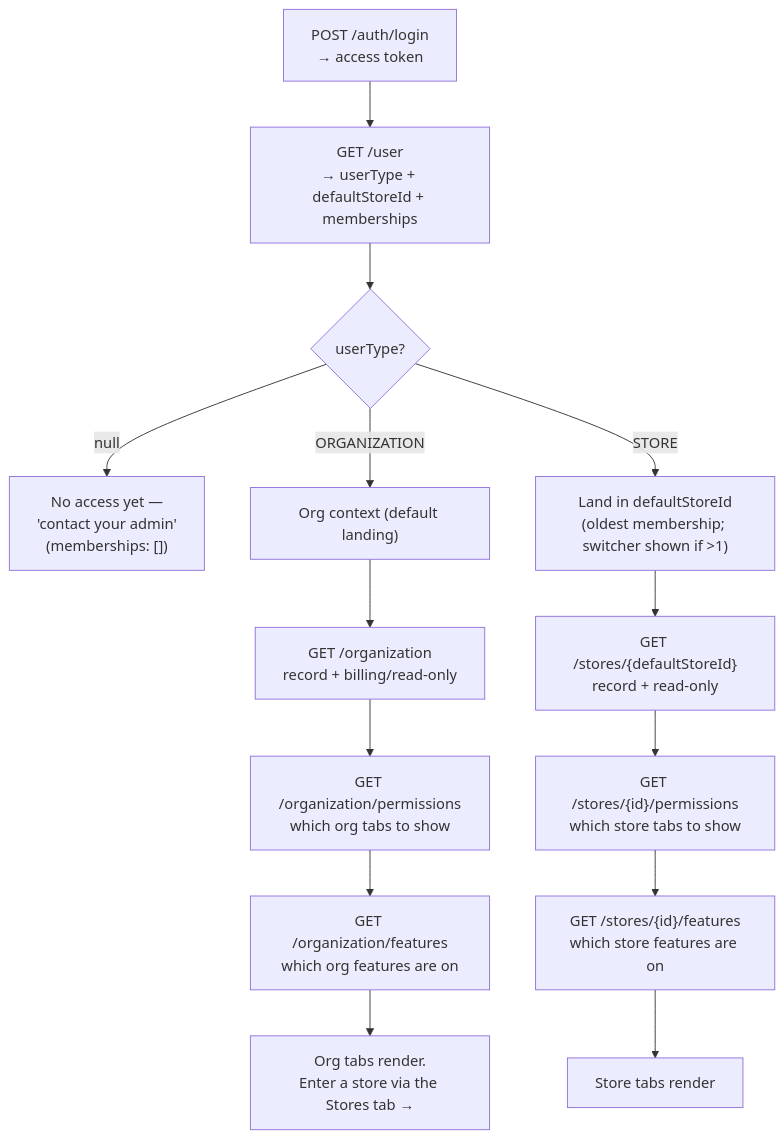
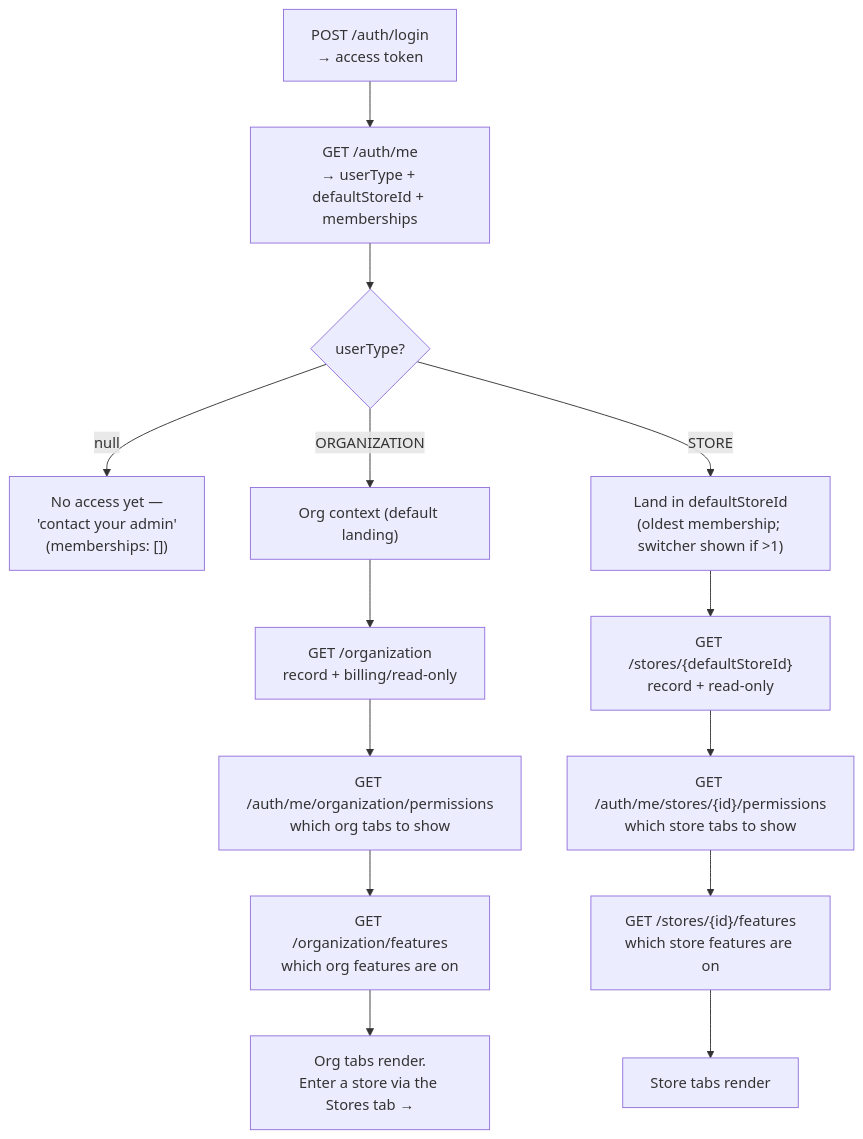
The second of 6 diagrams in docs/api.md (Shahrukh489/gekkosuite-api), drawn with Mermaid before and after one commit. The commit also changed other lines of this file and 8 other files, not shown here.

````diff
--- a/docs/api.md
+++ b/docs/api.md
@@ -98,19 +98,19 @@
 ```mermaid
 flowchart TD
-    L["POST /auth/login<br/>→ access token"] --> M["GET /user<br/>→ userType + defaultStoreId + memberships"]
+    L["POST /auth/login<br/>→ access token"] --> M["GET /auth/me<br/>→ userType + defaultStoreId + memberships"]
     M --> Q{"userType?"}
 
     Q -->|null| N["No access yet —<br/>'contact your admin'<br/>(memberships: [])"]
 
     Q -->|ORGANIZATION| O1["Org context (default landing)"]
     O1 --> O2["GET /organization<br/>record + billing/read-only"]
-    O2 --> O3["GET /organization/permissions<br/>which org tabs to show"]
+    O2 --> O3["GET /auth/me/organization/permissions<br/>which org tabs to show"]
     O3 --> O4["GET /organization/features<br/>which org features are on"]
     O4 --> O5["Org tabs render.<br/>Enter a store via the Stores tab →"]
 
     Q -->|STORE| S1["Land in defaultStoreId<br/>(oldest membership; switcher shown if >1)"]
     S1 --> S2["GET /stores/{defaultStoreId}<br/>record + read-only"]
-    S2 --> S3["GET /stores/{id}/permissions<br/>which store tabs to show"]
+    S2 --> S3["GET /auth/me/stores/{id}/permissions<br/>which store tabs to show"]
     S3 --> S4["GET /stores/{id}/features<br/>which store features are on"]
     S4 --> S5["Store tabs render"]
 ```
````
